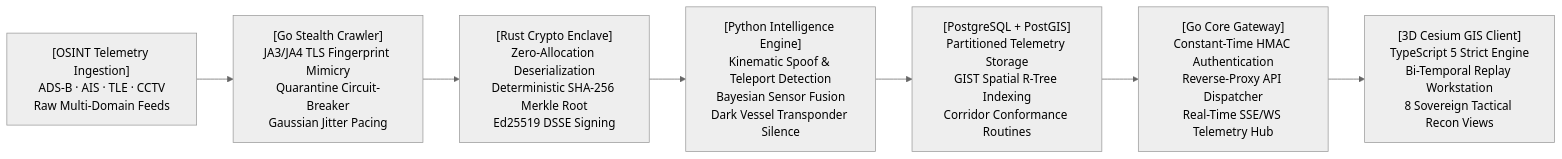
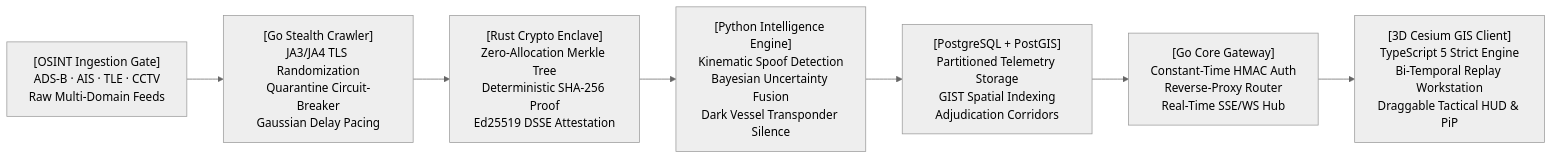
The diagram in README.md (FrankAsanteVanLaarhoven/SpatialForge-AI), drawn with Mermaid (neutral theme) before and after one commit. The commit also changed other lines of this file and 24 other files, not shown here.

Commit message:
feat(recording): add Picture-in-Picture, full recording lifecycle, draggable dashboard layout, and tactical HUD icons

````diff
--- a/README.md
+++ b/README.md
@@ -22,9 +23,9 @@
 ```mermaid
 flowchart LR
-    A["[OSINT Telemetry Ingestion]\nADS-B · AIS · TLE · CCTV\nRaw Multi-Domain Feeds"] --> B["[Go Stealth Crawler]\nJA3/JA4 TLS Fingerprint Mimicry\nQuarantine Circuit-Breaker\nGaussian Jitter Pacing"]
-    B --> C["[Rust Crypto Enclave]\nZero-Allocation Deserialization\nDeterministic SHA-256 Merkle Root\nEd25519 DSSE Signing"]
-    C --> D["[Python Intelligence Engine]\nKinematic Spoof & Teleport Detection\nBayesian Sensor Fusion\nDark Vessel Transponder Silence"]
-    D --> E["[PostgreSQL + PostGIS]\nPartitioned Telemetry Storage\nGIST Spatial R-Tree Indexing\nCorridor Conformance Routines"]
-    E --> F["[Go Core Gateway]\nConstant-Time HMAC Authentication\nReverse-Proxy API Dispatcher\nReal-Time SSE/WS Telemetry Hub"]
-    F --> G["[3D Cesium GIS Client]\nTypeScript 5 Strict Engine\nBi-Temporal Replay Workstation\n8 Sovereign Tactical Recon Views"]
+    A["[OSINT Ingestion Gate]\nADS-B · AIS · TLE · CCTV\nRaw Multi-Domain Feeds"] --> B["[Go Stealth Crawler]\nJA3/JA4 TLS Randomization\nQuarantine Circuit-Breaker\nGaussian Delay Pacing"]
+    B --> C["[Rust Crypto Enclave]\nZero-Allocation Merkle Tree\nDeterministic SHA-256 Proof\nEd25519 DSSE Attestation"]
+    C --> D["[Python Intelligence Engine]\nKinematic Spoof Detection\nBayesian Uncertainty Fusion\nDark Vessel Transponder Silence"]
+    D --> E["[PostgreSQL + PostGIS]\nPartitioned Telemetry Storage\nGIST Spatial Indexing\nAdjudication Corridors"]
+    E --> F["[Go Core Gateway]\nConstant-Time HMAC Auth\nReverse-Proxy Router\nReal-Time SSE/WS Hub"]
+    F --> G["[3D Cesium GIS Client]\nTypeScript 5 Strict Engine\nBi-Temporal Replay Workstation\nDraggable Tactical HUD & PiP"]
 ```
````
